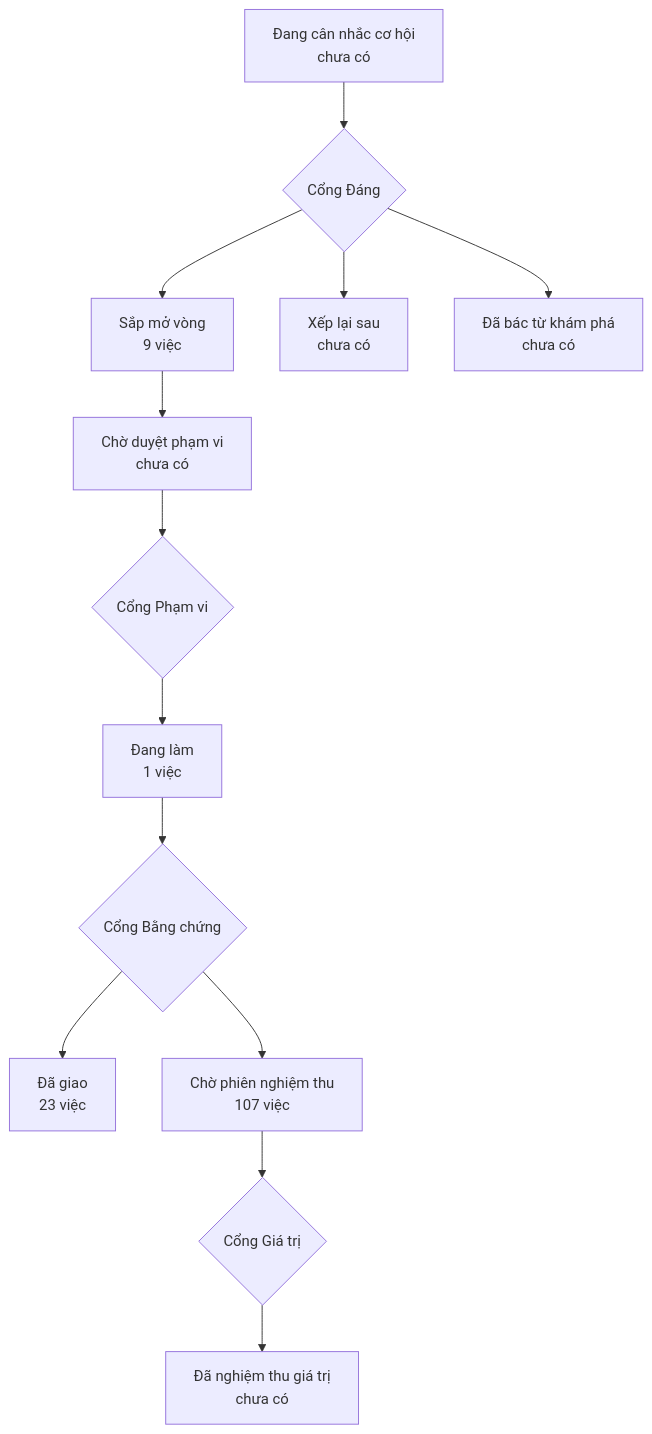
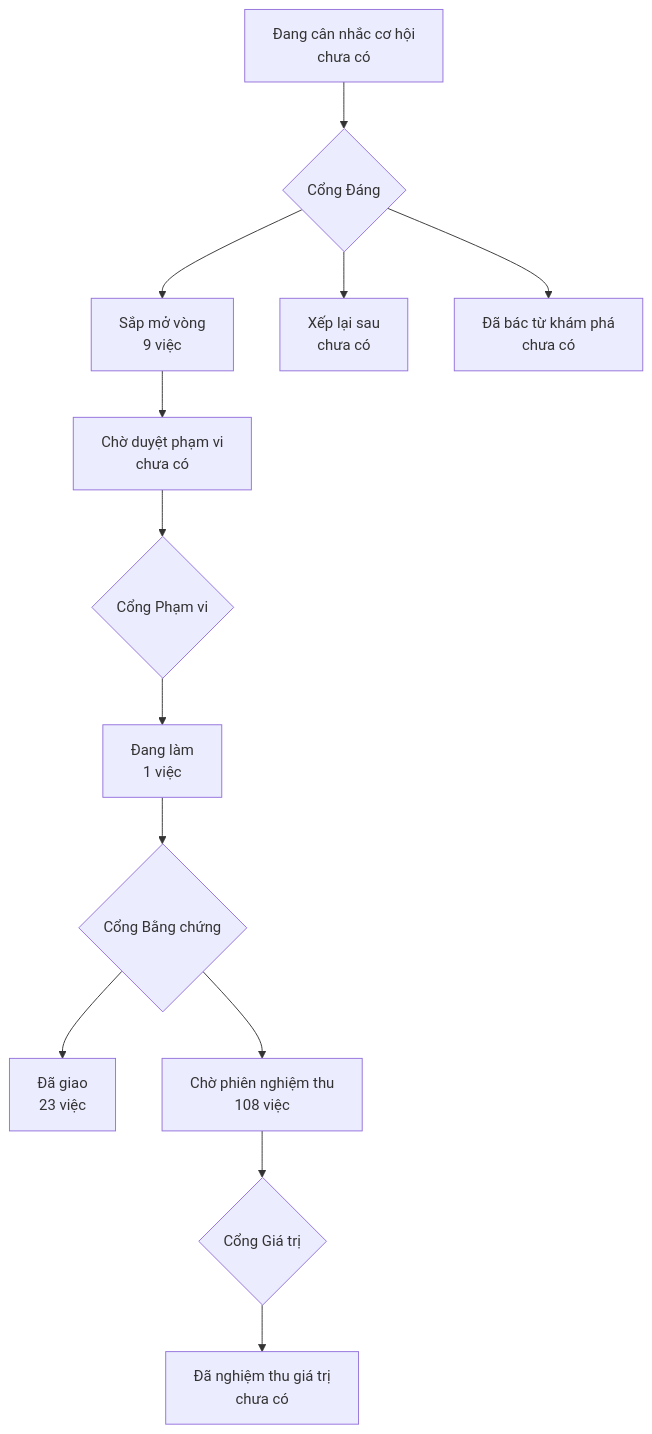
The diagram in PRODUCT-MAP.md (phanlemanh/onehub-quy-hang), drawn with Mermaid before and after one commit. The commit also changed other lines of this file and 1 other file, not shown here.

Commit message:
chore: vẽ lại bản đồ sau khi gộp nhánh chính

````diff
--- a/PRODUCT-MAP.md
+++ b/PRODUCT-MAP.md
@@ -7,12 +7,12 @@
 ```mermaid
 flowchart TD
   A["Đang cân nhắc cơ hội<br/>chưa có"] --> GD{"Cổng Đáng"}
   GD --> B["Sắp mở vòng<br/>9 việc"]
   GD --> XL["Xếp lại sau<br/>chưa có"]
   GD --> DB["Đã bác từ khám phá<br/>chưa có"]
   B --> CD["Chờ duyệt phạm vi<br/>chưa có"] --> GP{"Cổng Phạm vi"}
   GP --> DL["Đang làm<br/>1 việc"] --> GB{"Cổng Bằng chứng"}
   GB --> DG["Đã giao<br/>23 việc"]
-  GB --> CN["Chờ phiên nghiệm thu<br/>107 việc"] --> GG{"Cổng Giá trị"}
+  GB --> CN["Chờ phiên nghiệm thu<br/>108 việc"] --> GG{"Cổng Giá trị"}
   GG --> NT["Đã nghiệm thu giá trị<br/>chưa có"]
 ```
````
